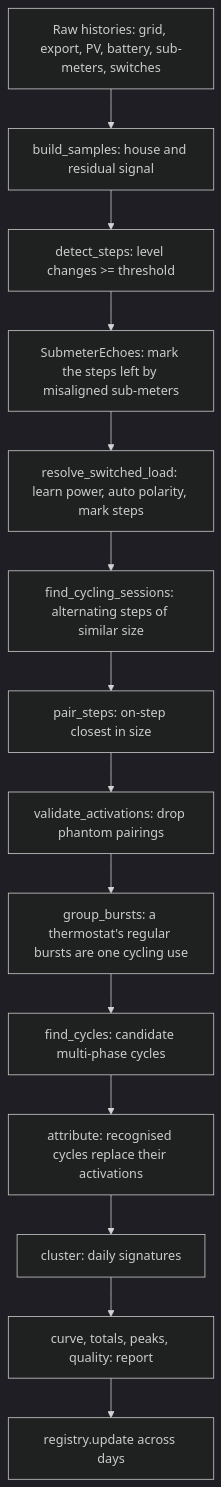
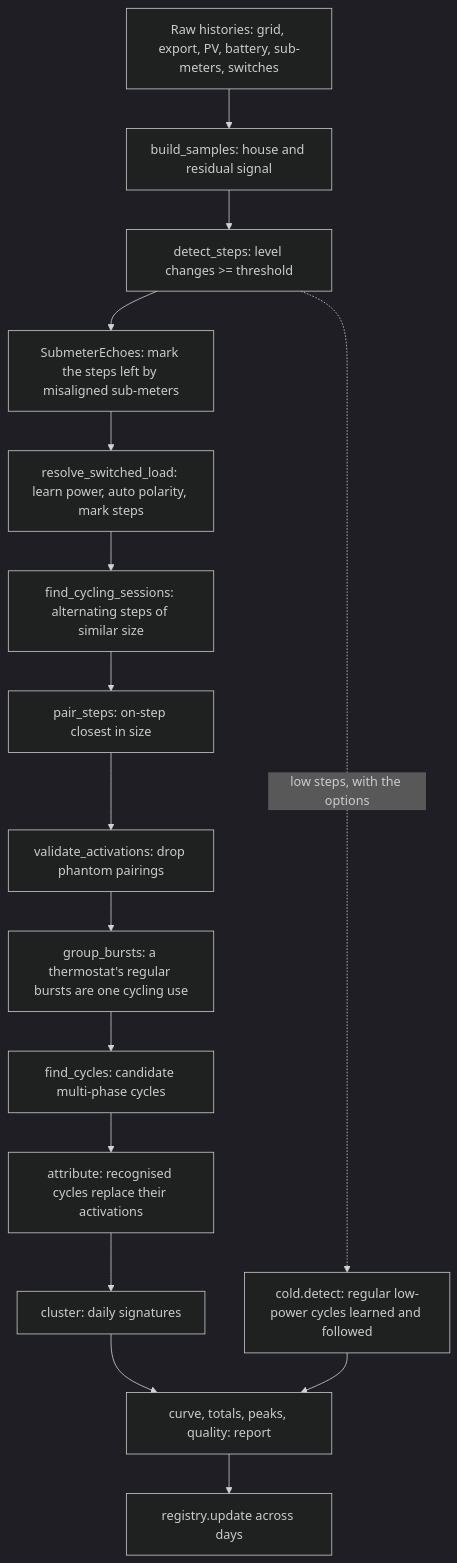
Before and after one commit to Aarklendoia/ha-energy-mapper: the fourth of 7 diagrams in docs/design.md, drawn with Mermaid (dark theme). The commit also changed other lines of this file and 33 other files, not shown here.

First line of the commit message:
Cold appliances: learn the regular low-power cycles at night, follow them through the day (#89) (#101)

````diff
--- a/docs/design.md
+++ b/docs/design.md
@@ -326,16 +326,18 @@
 ```mermaid
 flowchart TD
   H[Raw histories: grid, export, PV, battery, sub-meters, switches] --> S[build_samples: house and residual signal]
   S --> D[detect_steps: level changes >= threshold]
   D --> SE[SubmeterEchoes: mark the steps left by misaligned sub-meters]
   SE --> K[resolve_switched_load: learn power, auto polarity, mark steps]
   K --> C[find_cycling_sessions: alternating steps of similar size]
   C --> P[pair_steps: on-step closest in size]
   P --> V[validate_activations: drop phantom pairings]
   V --> B[group_bursts: a thermostat's regular bursts are one cycling use]
   B --> MC[find_cycles: candidate multi-phase cycles]
   MC --> MA[attribute: recognised cycles replace their activations]
   MA --> G[cluster: daily signatures]
+  D -. low steps, with the options .-> CO[cold.detect: regular low-power cycles learned and followed]
   G --> R[curve, totals, peaks, quality: report]
+  CO --> R
   R --> RG[registry.update across days]
 ```
````
